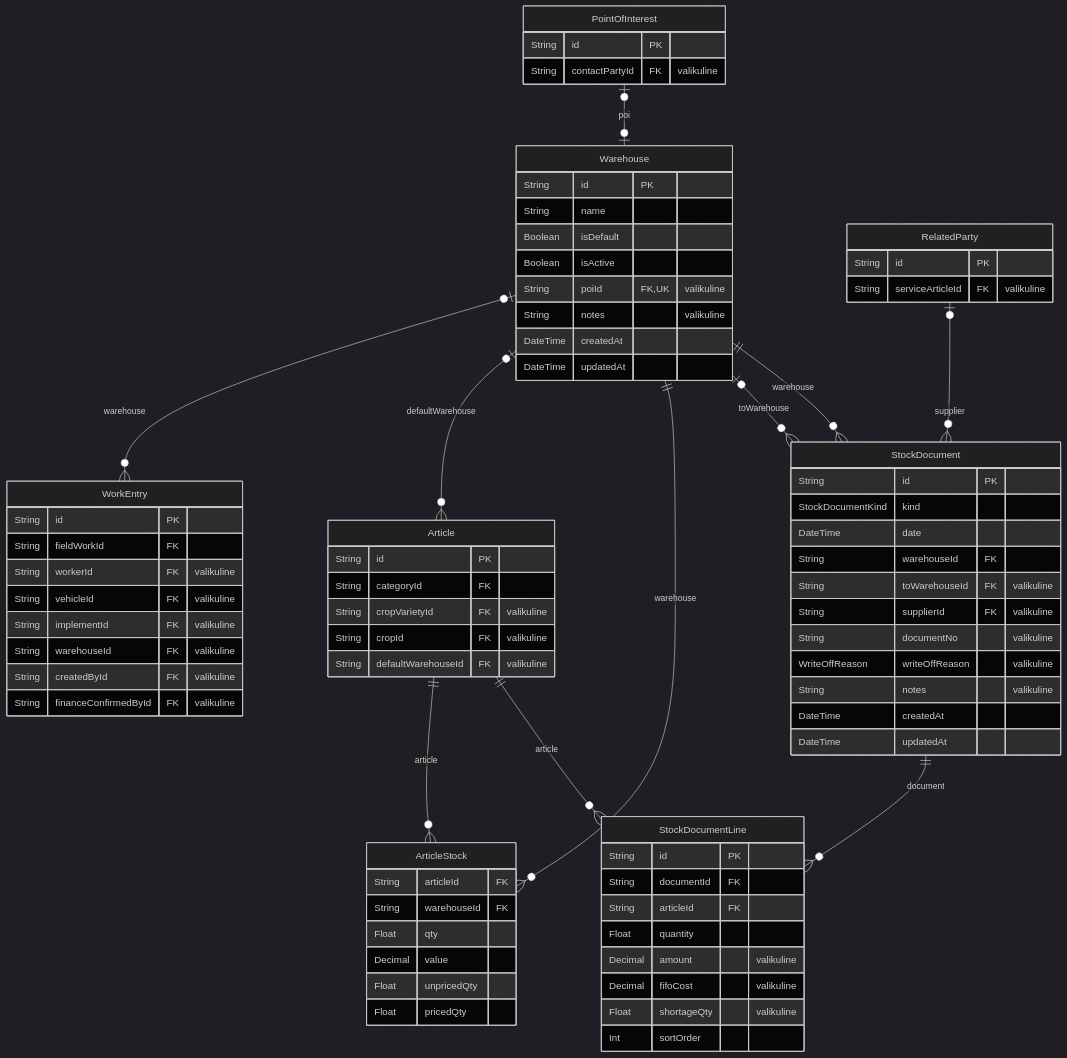
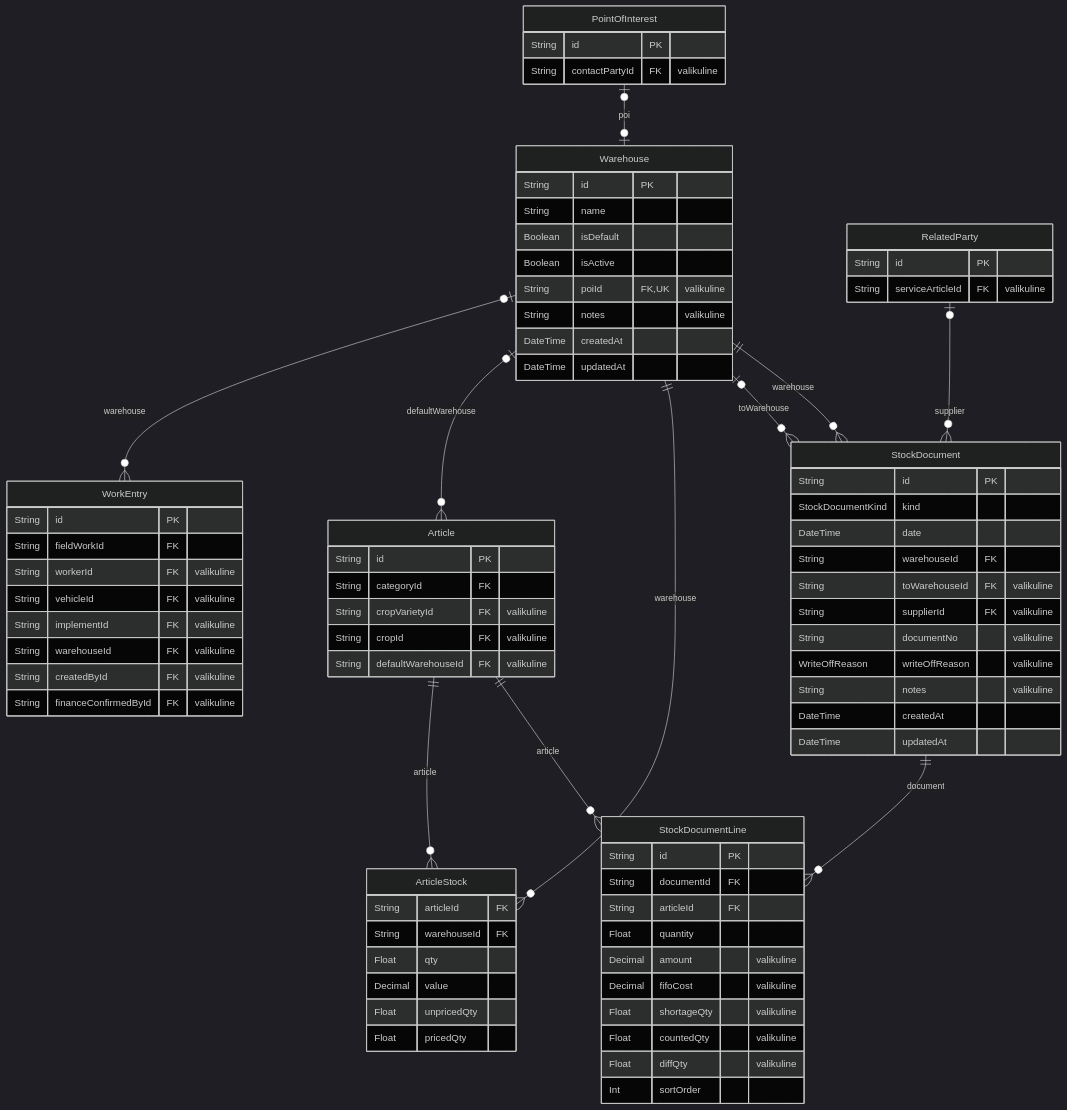
The fourth of 7 diagrams in docs/andmemudel.md (andres-janno/teris), drawn with Mermaid (dark theme) before and after one commit. The commit also changed other lines of this file, not shown here.

Commit message:
Andmemudel: inventuur

````diff
--- a/docs/andmemudel.md
+++ b/docs/andmemudel.md
@@ -652,79 +652,81 @@
 ```mermaid
 erDiagram
   Warehouse {
     String id PK
     String name
     Boolean isDefault
     Boolean isActive
     String poiId FK,UK "valikuline"
     String notes "valikuline"
     DateTime createdAt
     DateTime updatedAt
   }
   StockDocument {
     String id PK
     StockDocumentKind kind
     DateTime date
     String warehouseId FK
     String toWarehouseId FK "valikuline"
     String supplierId FK "valikuline"
     String documentNo "valikuline"
     WriteOffReason writeOffReason "valikuline"
     String notes "valikuline"
     DateTime createdAt
     DateTime updatedAt
   }
   StockDocumentLine {
     String id PK
     String documentId FK
     String articleId FK
     Float quantity
     Decimal amount "valikuline"
     Decimal fifoCost "valikuline"
     Float shortageQty "valikuline"
+    Float countedQty "valikuline"
+    Float diffQty "valikuline"
     Int sortOrder
   }
   ArticleStock {
     String articleId FK
     String warehouseId FK
     Float qty
     Decimal value
     Float unpricedQty
     Float pricedQty
   }
   PointOfInterest {
     String id PK
     String contactPartyId FK "valikuline"
   }
   RelatedParty {
     String id PK
     String serviceArticleId FK "valikuline"
   }
   Article {
     String id PK
     String categoryId FK
     String cropVarietyId FK "valikuline"
     String cropId FK "valikuline"
     String defaultWarehouseId FK "valikuline"
   }
   WorkEntry {
     String id PK
     String fieldWorkId FK
     String workerId FK "valikuline"
     String vehicleId FK "valikuline"
     String implementId FK "valikuline"
     String warehouseId FK "valikuline"
     String createdById FK "valikuline"
     String financeConfirmedById FK "valikuline"
   }
   PointOfInterest |o--o| Warehouse : "poi"
   Warehouse ||--o{ StockDocument : "warehouse"
   Warehouse |o--o{ StockDocument : "toWarehouse"
   RelatedParty |o--o{ StockDocument : "supplier"
   StockDocument ||--o{ StockDocumentLine : "document"
   Article ||--o{ StockDocumentLine : "article"
   Article ||--o{ ArticleStock : "article"
   Warehouse ||--o{ ArticleStock : "warehouse"
   Warehouse |o--o{ Article : "defaultWarehouse"
   Warehouse |o--o{ WorkEntry : "warehouse"
 ```
````
